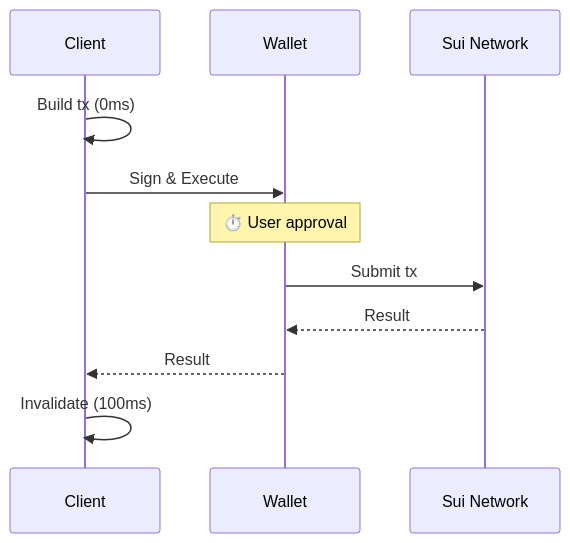
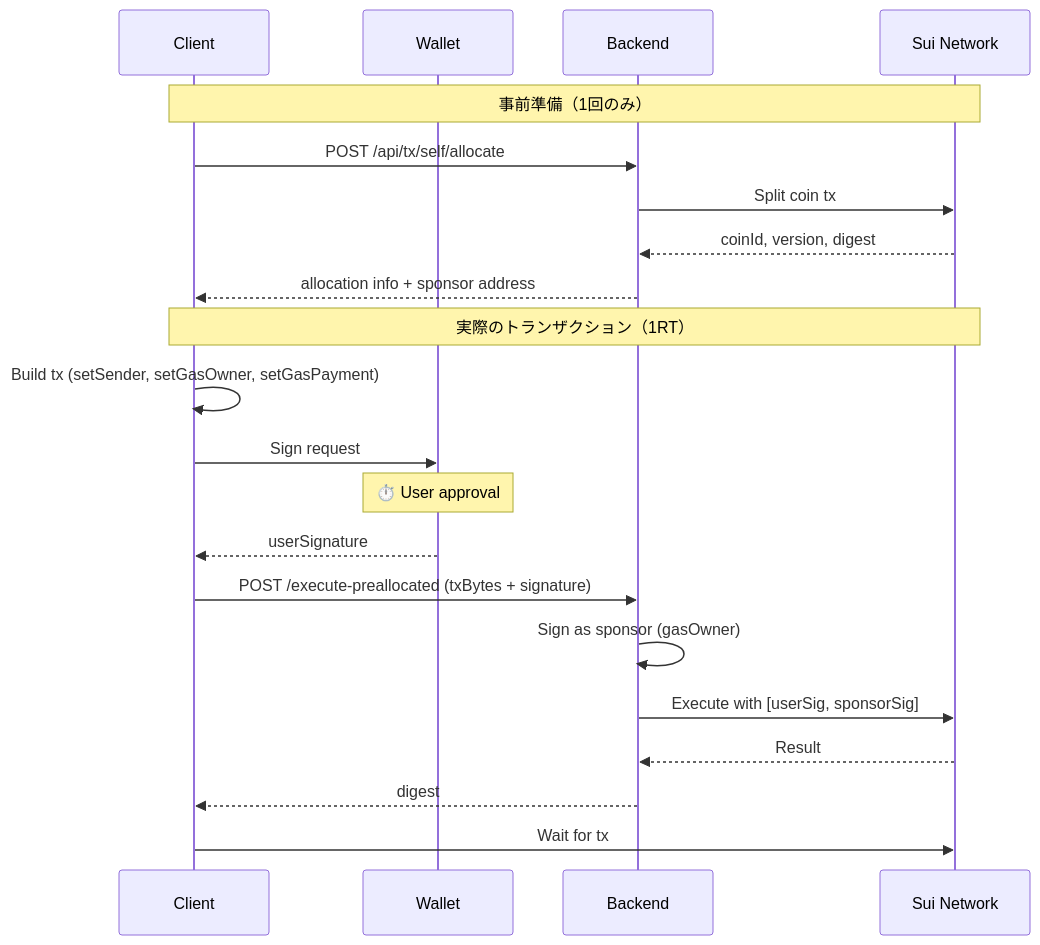
The first of 3 diagrams in sui/docs/sponsored-transaction.md (fuyutarow/counters), drawn with Mermaid before and after one commit. The commit also changed other lines of this file and 2 other files, not shown here.

Commit message:
feat: enhance self-sponsored transaction handling and validation for pre-allocated coins

````diff
--- a/sui/docs/sponsored-transaction.md
+++ b/sui/docs/sponsored-transaction.md
@@ -63,14 +37,25 @@
 ```mermaid
 sequenceDiagram
     participant C as Client
     participant W as Wallet
+    participant B as Backend
     participant S as Sui Network
 
-    C->>C: Build tx (0ms)
-    C->>W: Sign & Execute
+    Note over C,S: 事前準備（1回のみ）
+    C->>B: POST /api/tx/self/allocate
+    B->>S: Split coin tx
+    S-->>B: coinId, version, digest
+    B-->>C: allocation info + sponsor address
+
+    Note over C,S: 実際のトランザクション（1RT）
+    C->>C: Build tx (setSender, setGasOwner, setGasPayment)
+    C->>W: Sign request
     Note over W: ⏱️ User approval
-    W->>S: Submit tx
-    S-->>W: Result
-    W-->>C: Result
-    C->>C: Invalidate (100ms)
+    W-->>C: userSignature
+    C->>B: POST /execute-preallocated (txBytes + signature)
+    B->>B: Sign as sponsor (gasOwner)
+    B->>S: Execute with [userSig, sponsorSig]
+    S-->>B: Result
+    B-->>C: digest
+    C->>S: Wait for tx
 ```
````
